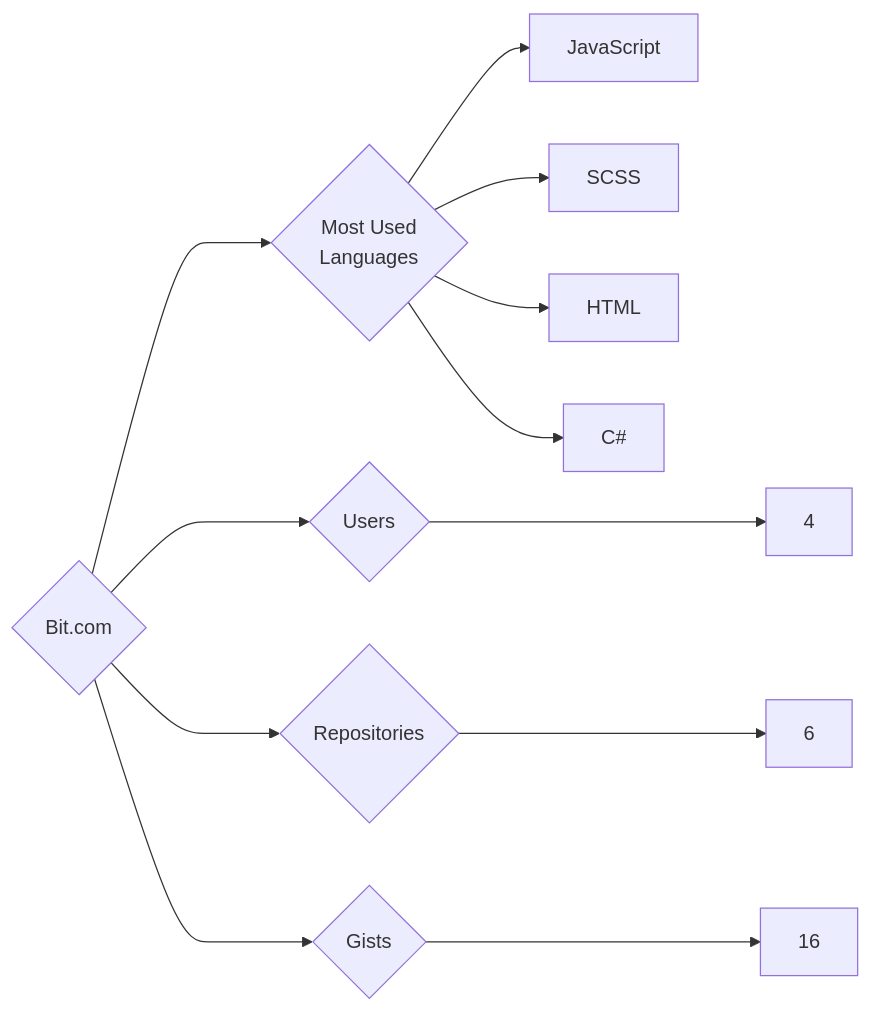
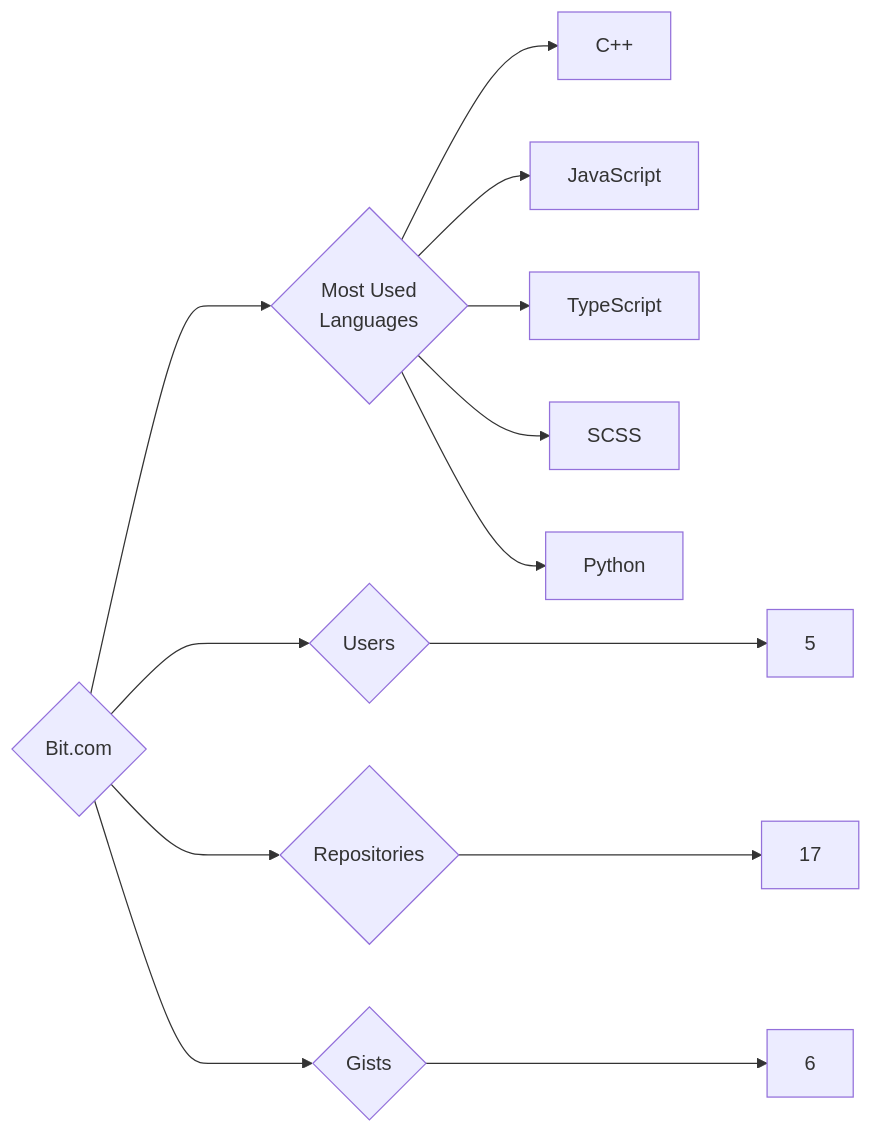
The diagram in targets/Bit.com/README.md (trickest/insiders), drawn with Mermaid before and after one commit. The commit also changed 1023 other files, not shown here.

````diff
--- a/targets/Bit.com/README.md
+++ b/targets/Bit.com/README.md
@@ -3,12 +3,13 @@
 ```mermaid
 graph LR
 COMPANY_NAME{Bit.com}
-COMPANY_NAME ---> U{Users} ---> UN[4]
-COMPANY_NAME ---> R{Repositories} ---> RN[6]
-COMPANY_NAME ---> G{Gists} ---> GN[16]
+COMPANY_NAME ---> U{Users} ---> UN[5]
+COMPANY_NAME ---> R{Repositories} ---> RN[17]
+COMPANY_NAME ---> G{Gists} ---> GN[6]
 COMPANY_NAME ---> ML{Most Used<br>Languages}
+ML --> C++[C++]
 ML --> JavaScript[JavaScript]
+ML --> TypeScript[TypeScript]
 ML --> SCSS[SCSS]
-ML --> HTML[HTML]
-ML --> C#[C#]
+ML --> Python[Python]
 ```
````
